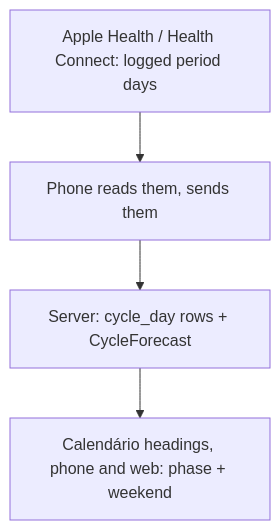
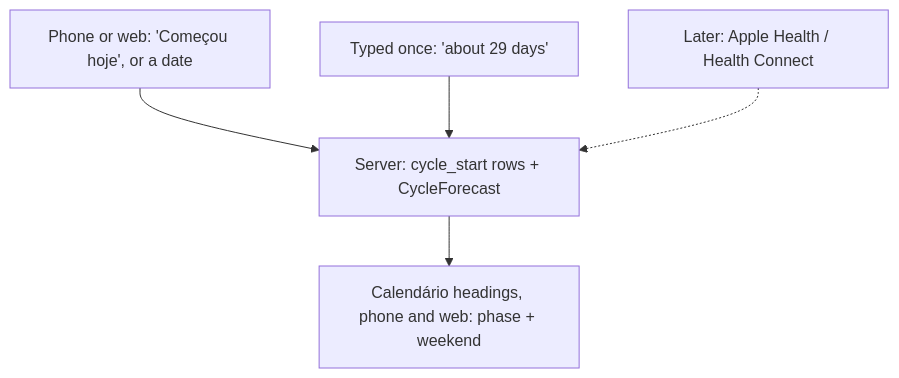
The first of 2 diagrams in product/research/2026-10-23-cycle-on-the-calendar/README.md (pietroid/lunna), drawn with Mermaid before and after one commit. The commit also changed other lines of this file and 4 other files, not shown here.

Commit message:
research(#32): fix · Integration with Apple Health for Menstrual Cycle

````diff
--- a/product/research/2026-10-23-cycle-on-the-calendar/README.md
+++ b/product/research/2026-10-23-cycle-on-the-calendar/README.md
@@ -15,6 +15,7 @@
 ```mermaid
 flowchart TD
-  H["Apple Health / Health Connect: logged period days"] --> P["Phone reads them, sends them"]
-  P --> S["Server: cycle_day rows + CycleForecast"]:::key
+  T["Phone or web: 'Começou hoje', or a date"] --> S["Server: cycle_start rows + CycleForecast"]:::key
+  L["Typed once: 'about 29 days'"] --> S
   S --> C["Calendário headings, phone and web: phase + weekend"]
+  H["Later: Apple Health / Health Connect"] -.-> S
 ```
````
